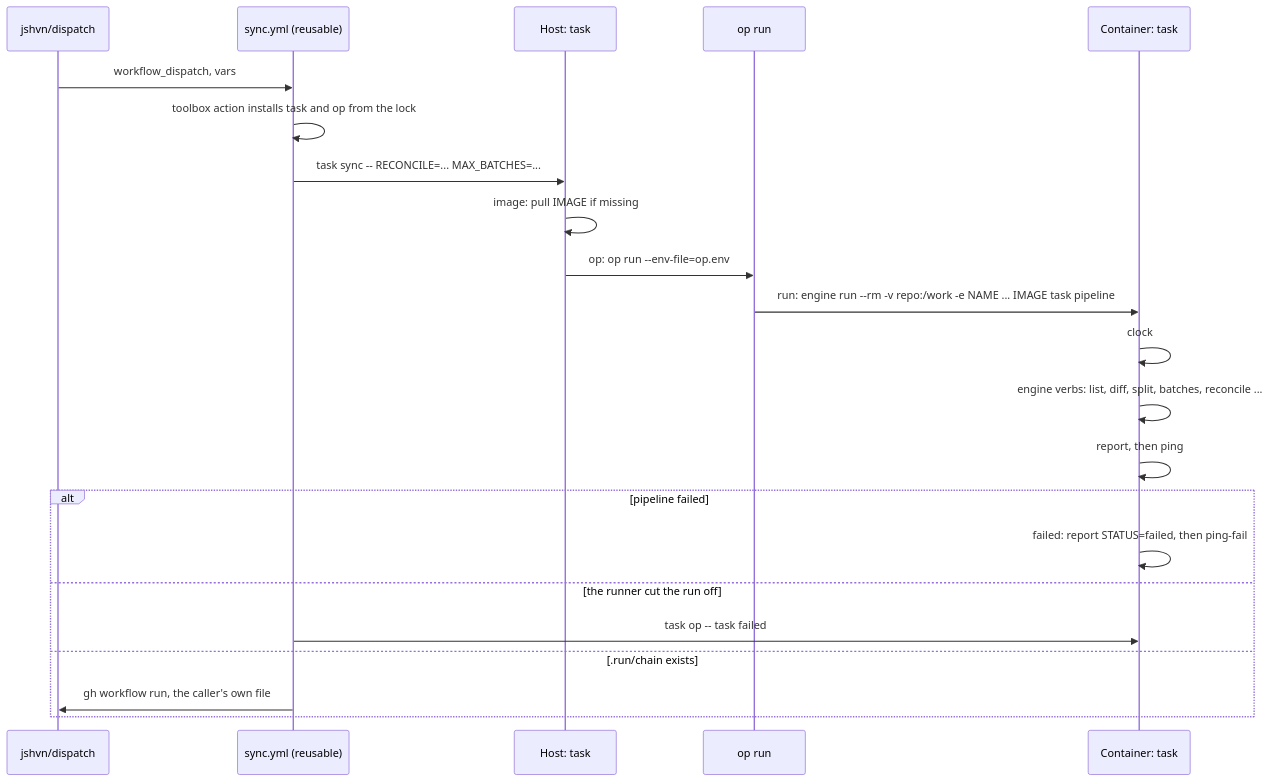
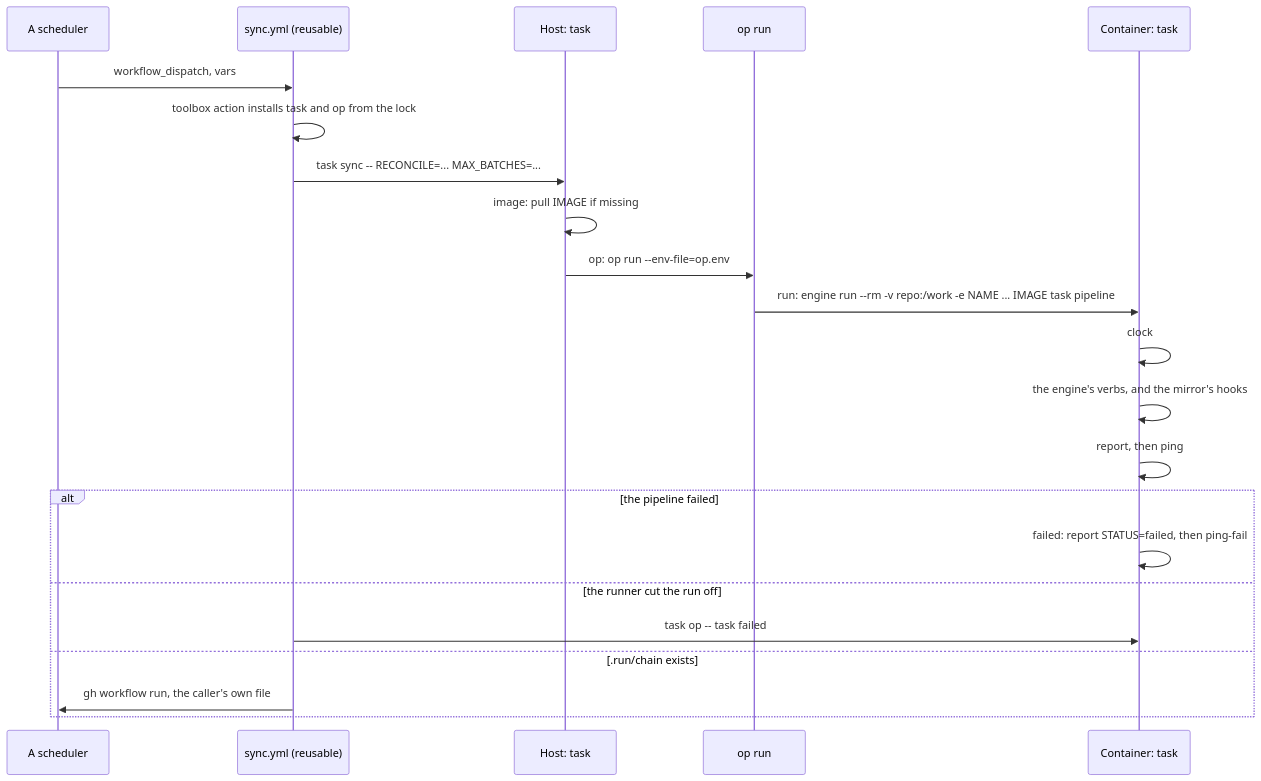
One commit to katoptra/lib changed the third of 12 diagrams in README.md. Above: the diagram before and after it, drawn with Mermaid. The commit also changed other lines of this file and 2 other files, not shown here.

````diff
--- a/README.md
+++ b/README.md
@@ -48,24 +82,24 @@
 ```mermaid
 sequenceDiagram
-  participant D as jshvn/dispatch
+  participant D as A scheduler
   participant W as sync.yml (reusable)
   participant H as Host: task
   participant O as op run
   participant C as Container: task
   D->>W: workflow_dispatch, vars
   W->>W: toolbox action installs task and op from the lock
   W->>H: task sync -- RECONCILE=... MAX_BATCHES=...
   H->>H: image: pull IMAGE if missing
   H->>O: op: op run --env-file=op.env
   O->>C: run: engine run --rm -v repo:/work -e NAME ... IMAGE task pipeline
   C->>C: clock
-  C->>C: engine verbs: list, diff, split, batches, reconcile ...
+  C->>C: the engine's verbs, and the mirror's hooks
   C->>C: report, then ping
-  alt pipeline failed
+  alt the pipeline failed
     C->>C: failed: report STATUS=failed, then ping-fail
   else the runner cut the run off
     W->>C: task op -- task failed
   else .run/chain exists
     W->>D: gh workflow run, the caller's own file
   end
 ```
````
